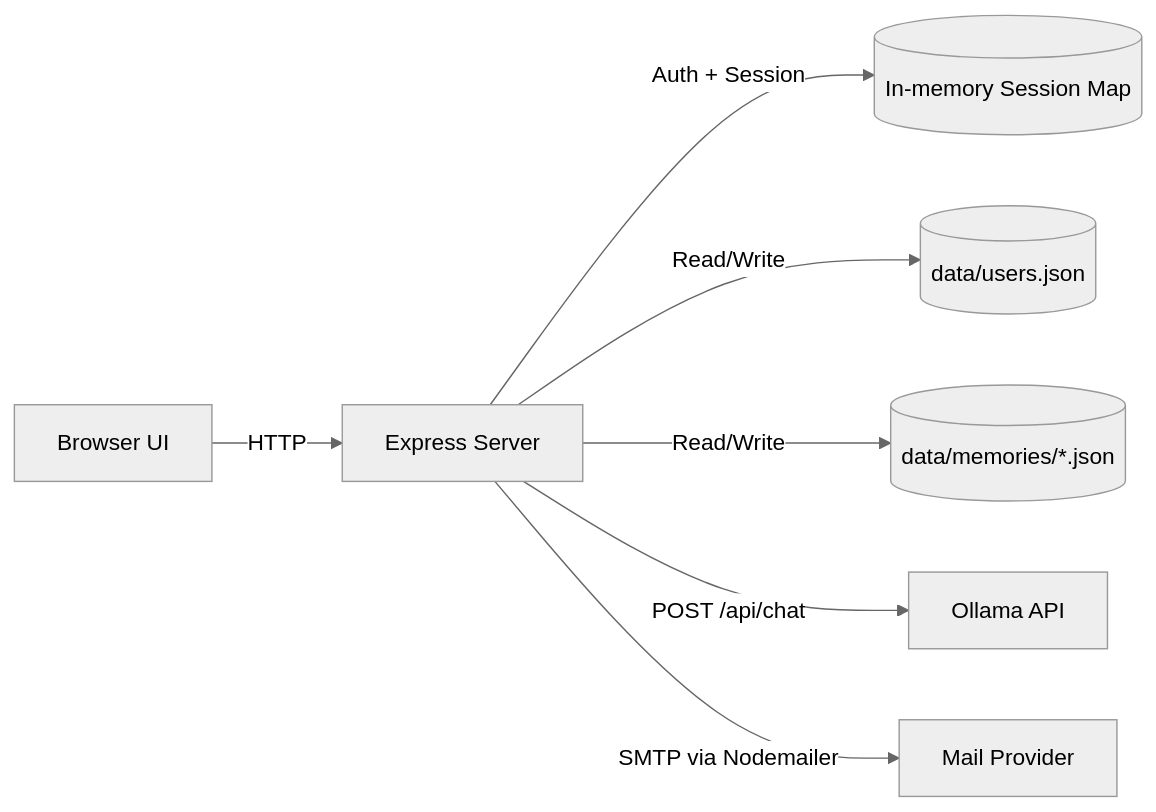
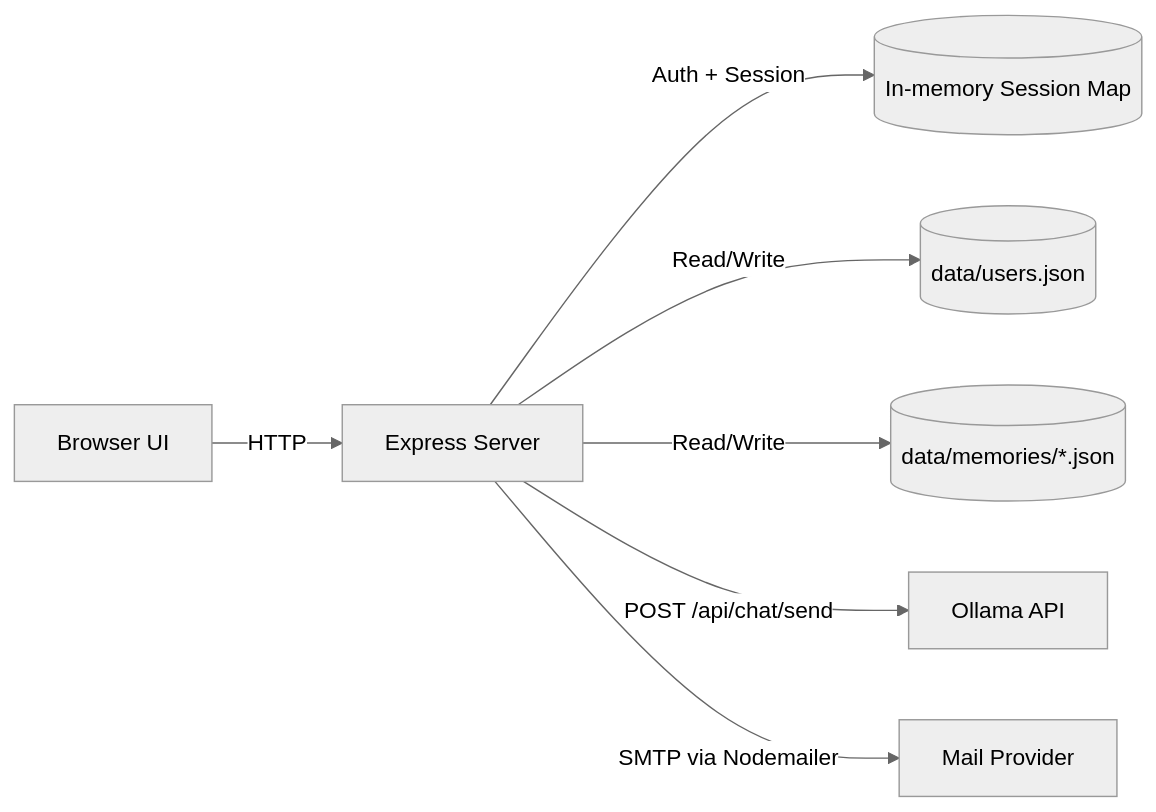
One commit to Boo-seon-woong/ollama-chat-service-template changed the diagram in README.md. Above: the diagram before and after it, drawn with Mermaid (neutral theme). The commit also changed other lines of this file, not shown here.

````diff
--- a/README.md
+++ b/README.md
@@ -18,9 +24,9 @@
 ```mermaid
 flowchart LR
   U[Browser UI] -->|HTTP| S[Express Server]
   S -->|Auth + Session| M[(In-memory Session Map)]
   S -->|Read/Write| F[(data/users.json)]
   S -->|Read/Write| MM[(data/memories/*.json)]
-  S -->|POST /api/chat| O[Ollama API]
+  S -->|POST /api/chat/send| O[Ollama API]
   S -->|SMTP via Nodemailer| E[Mail Provider]
 ```
````
